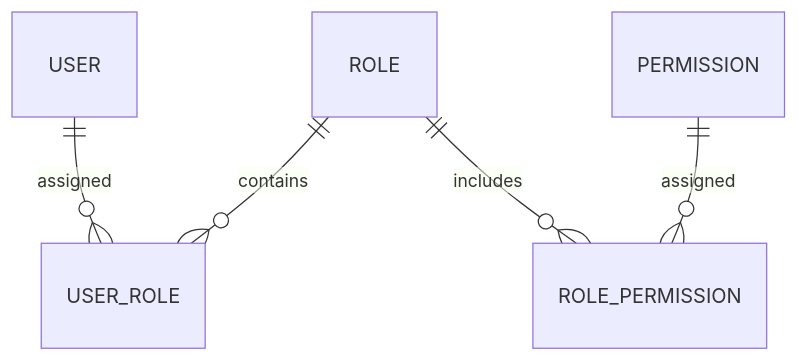
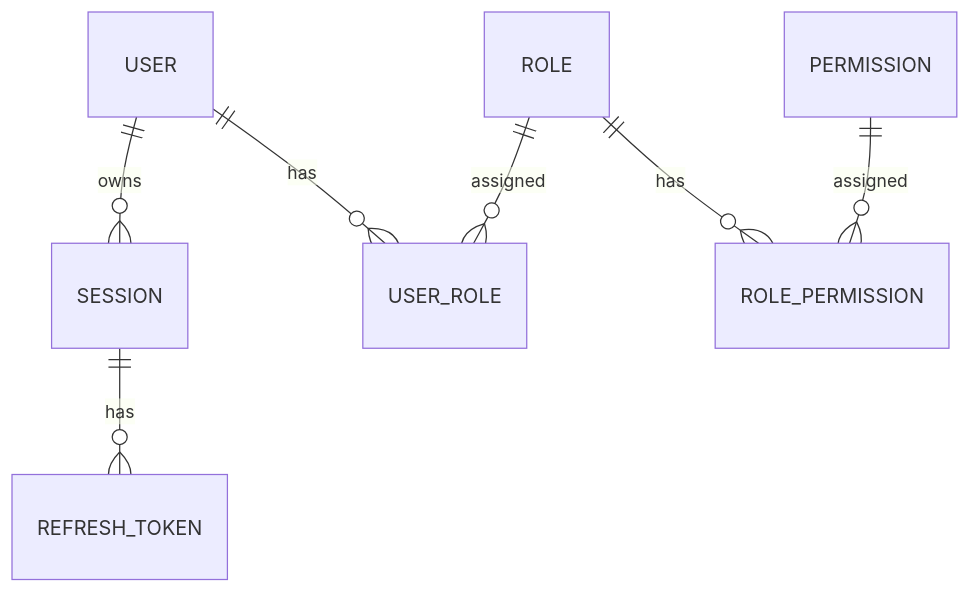
One commit to chirijose79-ui/Chiri changed diagram 20 of 30 in docs/050_BaseDatos.md. Above: the diagram before and after it, drawn with Mermaid. The commit also changed other lines of this file, not shown here.

Commit message:
docs(database): finalize PostgreSQL architecture

````diff
--- a/docs/050_BaseDatos.md
+++ b/docs/050_BaseDatos.md
@@ -1201,11 +1742,15 @@
-```mermaid id="8x4m2q"
+```mermaid id="k4x8nz"
 erDiagram
 
-    USER ||--o{ USER_ROLE : assigned
+    USER ||--o{ SESSION : owns
 
-    ROLE ||--o{ USER_ROLE : contains
+    SESSION ||--o{ REFRESH_TOKEN : has
 
-    ROLE ||--o{ ROLE_PERMISSION : includes
+    USER ||--o{ USER_ROLE : has
+
+    ROLE ||--o{ USER_ROLE : assigned
+
+    ROLE ||--o{ ROLE_PERMISSION : has
 
     PERMISSION ||--o{ ROLE_PERMISSION : assigned
 ```
````
